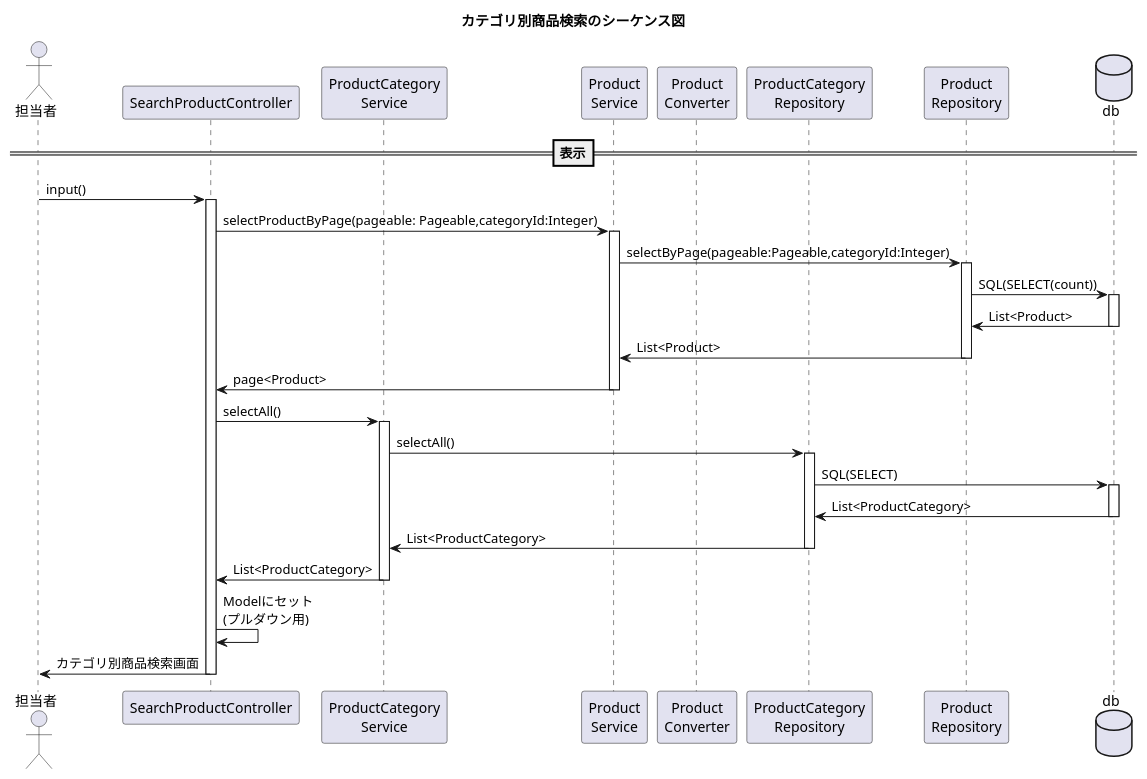
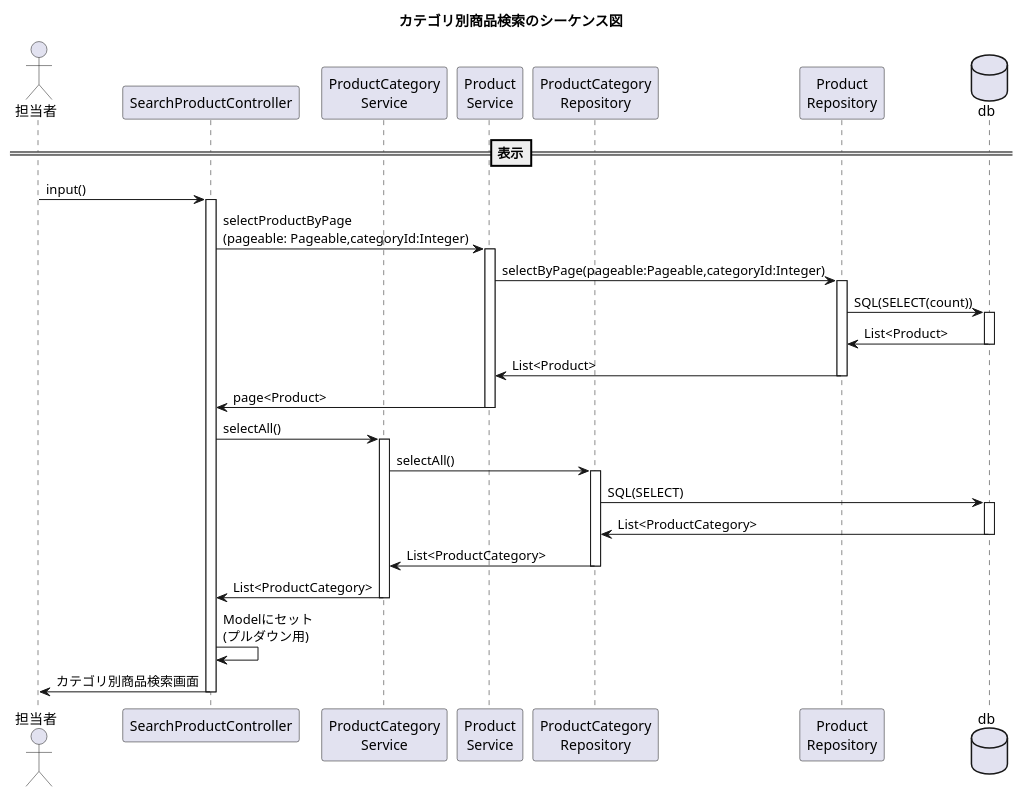
Before and after one commit to kanavii3333/ec-b: the diagram in plan/uml/sequence/2/uc003.plantuml, drawn with PlantUML. The commit also changed 6 other files, not shown here.

Commit message:
クラス図シーケンス図UC001～005まで確認修正

```diff
--- a/plan/uml/sequence/2/uc003.plantuml
+++ b/plan/uml/sequence/2/uc003.plantuml
@@ -2,32 +2,31 @@
 @startuml
 
 title カテゴリ別商品検索のシーケンス図
 actor "担当者" as user
 participant "SearchProductController" as controller
 participant "ProductCategory\nService" as service
 participant "Product\nService" as service1
-participant "Product\nConverter" as helper
 participant "ProductCategory\nRepository" as repository1
 participant "Product\nRepository" as repository2
 database "db" as db
 ==表示==
 user -> controller++:input()
-controller -> service1++:selectProductByPage(pageable: Pageable,categoryId:Integer)
+controller -> service1++:selectProductByPage\n(pageable: Pageable,categoryId:Integer)
 service1 -> repository2++:selectByPage(pageable:Pageable,categoryId:Integer)
 repository2 -> db++:SQL(SELECT(count))
 db -> repository2--:List<Product>
 repository2 -> service1--:List<Product>
 service1 -> controller--:page<Product>
 
 controller -> service++:selectAll()
 service -> repository1++:selectAll()
 repository1 -> db++:SQL(SELECT)
 db -> repository1--:List<ProductCategory>
 repository1 -> service--:List<ProductCategory>
 service -> controller--:List<ProductCategory>
 controller -> controller:Modelにセット\n(プルダウン用)
 controller -> user--:カテゴリ別商品検索画面
 
 
 
 @enduml
```
